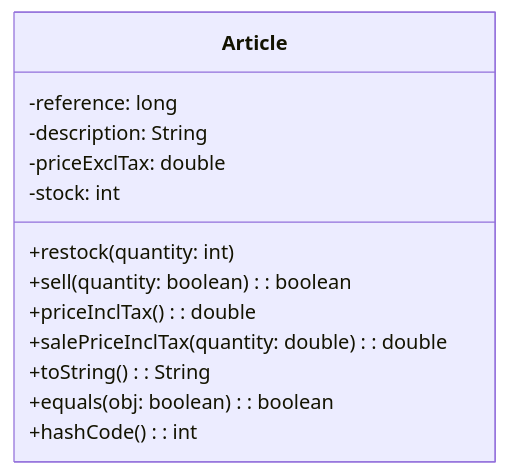
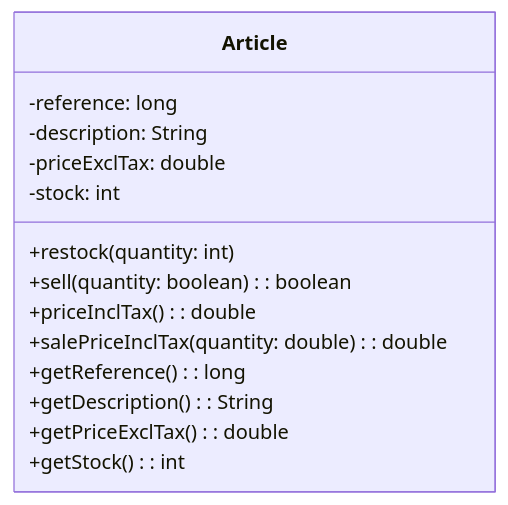
The second of 3 diagrams in README.md (Lagmouchyoussef/java-oop-bank-store---Simple-and-descriptive), drawn with Mermaid before and after one commit. The commit also changed other lines of this file, not shown here.

````diff
--- a/README.md
+++ b/README.md
@@ -342,16 +486,17 @@
 ```mermaid
 classDiagram
     class Article {
         -reference: long
         -description: String
         -priceExclTax: double
         -stock: int
         +restock(quantity: int)
         +sell(quantity: boolean): boolean
         +priceInclTax(): double
         +salePriceInclTax(quantity: double): double
-        +toString(): String
-        +equals(obj: boolean): boolean
-        +hashCode(): int
+        +getReference(): long
+        +getDescription(): String
+        +getPriceExclTax(): double
+        +getStock(): int
     }
 ```
````
